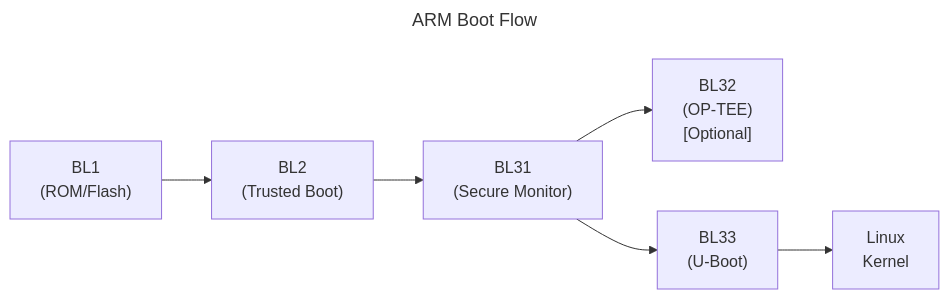
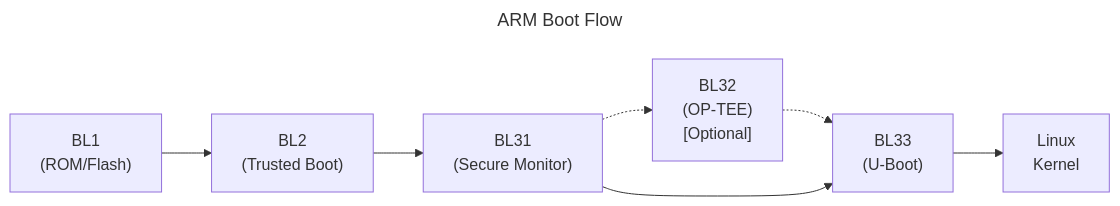
The third of 3 diagrams in docs/06-porting/06-arm-platform-guide.md (MichaelTien8901/openbmc-guide-tutorial), drawn with Mermaid before and after one commit. The commit also changed other lines of this file and 32 other files, not shown here.

````diff
--- a/docs/06-porting/06-arm-platform-guide.md
+++ b/docs/06-porting/06-arm-platform-guide.md
@@ -378,18 +378,19 @@
 ```mermaid
 ---
 title: ARM Boot Flow
 ---
 flowchart LR
     bl1["BL1<br/>(ROM/Flash)"]
     bl2["BL2<br/>(Trusted Boot)"]
     bl31["BL31<br/>(Secure Monitor)"]
     bl32["BL32<br/>(OP-TEE)<br/>[Optional]"]
     bl33["BL33<br/>(U-Boot)"]
     linux["Linux<br/>Kernel"]
 
     bl1 --> bl2
     bl2 --> bl31
-    bl31 --> bl32
+    bl31 -.-> bl32
+    bl32 -.-> bl33
     bl31 --> bl33
     bl33 --> linux
 ```
````
